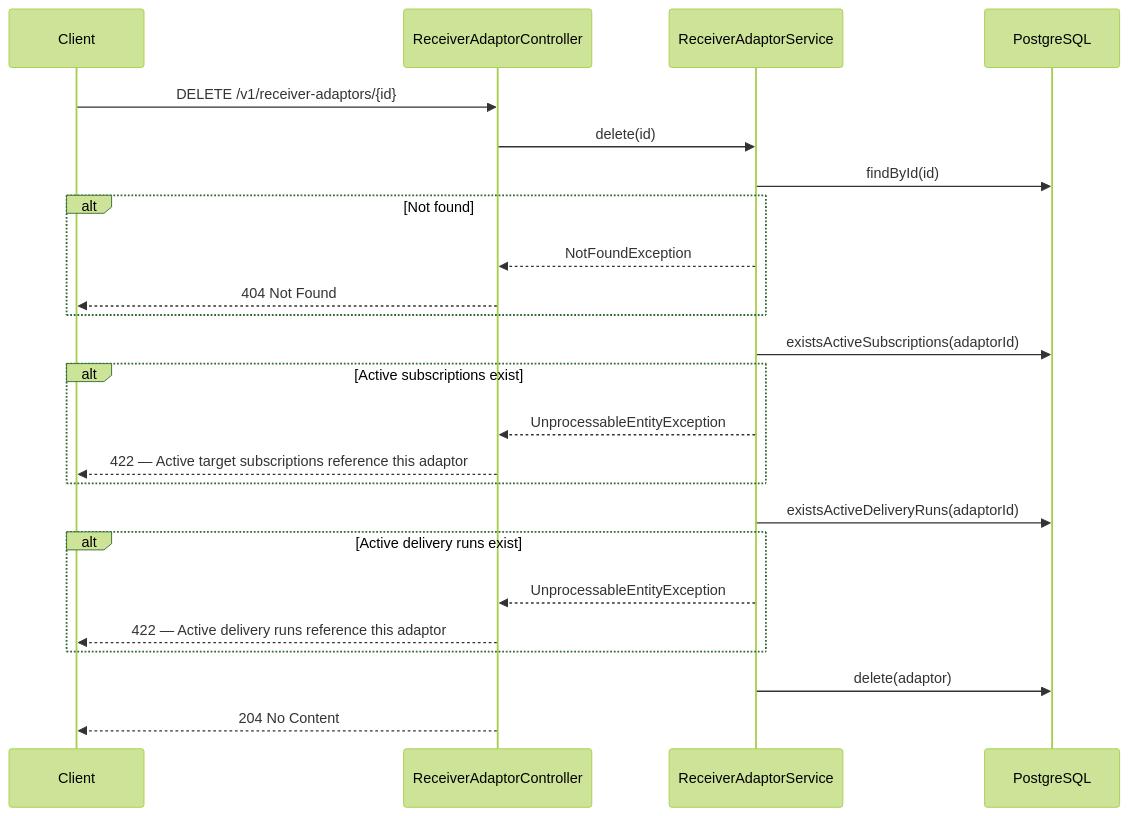
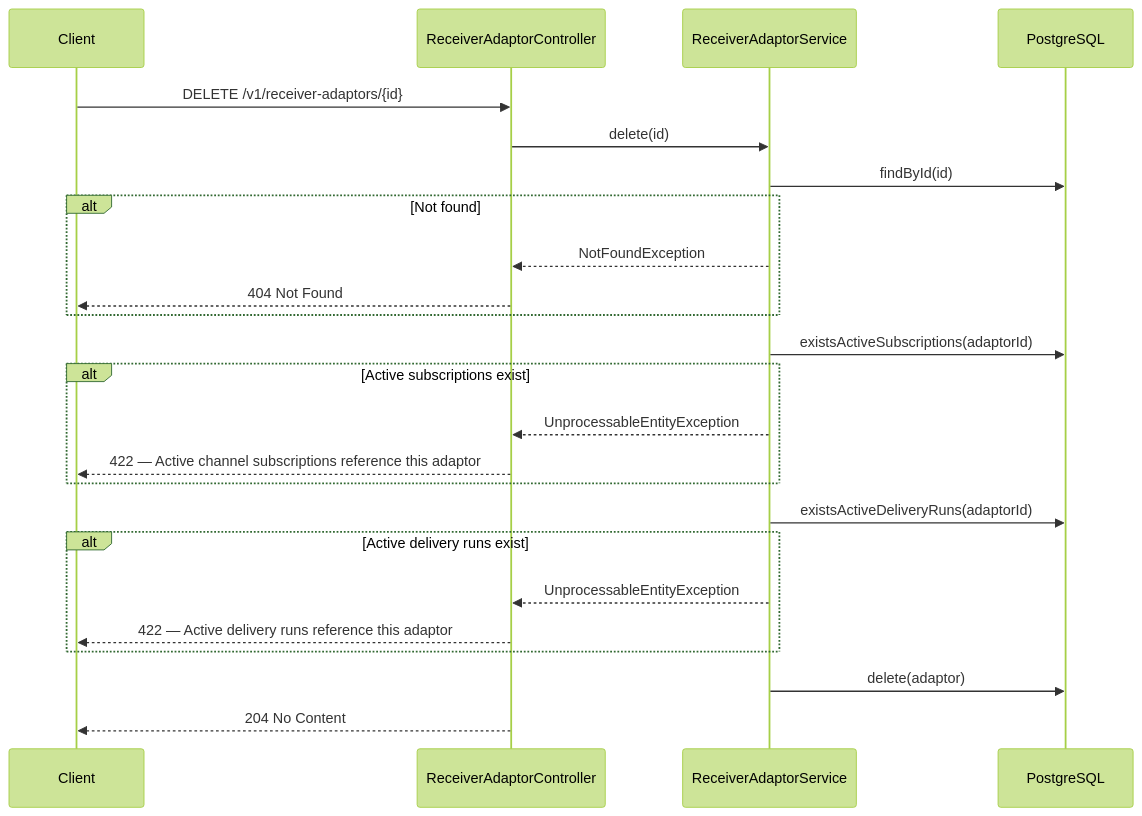
One commit to Jayaprakash8887/cce-intelligence-service changed diagram 13 of 13 in docs/flow-diagrams.md. Above: the diagram before and after it, drawn with Mermaid (forest theme). The commit also changed other lines of this file and 6 other files, not shown here.

Commit message:
documentation update with channel instead of target and FHIR rep of receiver adaptors

````diff
--- a/docs/flow-diagrams.md
+++ b/docs/flow-diagrams.md
@@ -393,30 +418,30 @@
 ```mermaid
 sequenceDiagram
     participant Client
     participant Controller as ReceiverAdaptorController
     participant Service as ReceiverAdaptorService
     participant DB as PostgreSQL
 
     Client->>Controller: DELETE /v1/receiver-adaptors/{id}
     Controller->>Service: delete(id)
     Service->>DB: findById(id)
     alt Not found
         Service-->>Controller: NotFoundException
         Controller-->>Client: 404 Not Found
     end
 
     Service->>DB: existsActiveSubscriptions(adaptorId)
     alt Active subscriptions exist
         Service-->>Controller: UnprocessableEntityException
-        Controller-->>Client: 422 — Active target subscriptions reference this adaptor
+        Controller-->>Client: 422 — Active channel subscriptions reference this adaptor
     end
 
     Service->>DB: existsActiveDeliveryRuns(adaptorId)
     alt Active delivery runs exist
         Service-->>Controller: UnprocessableEntityException
         Controller-->>Client: 422 — Active delivery runs reference this adaptor
     end
 
     Service->>DB: delete(adaptor)
     Controller-->>Client: 204 No Content
 ```
````
